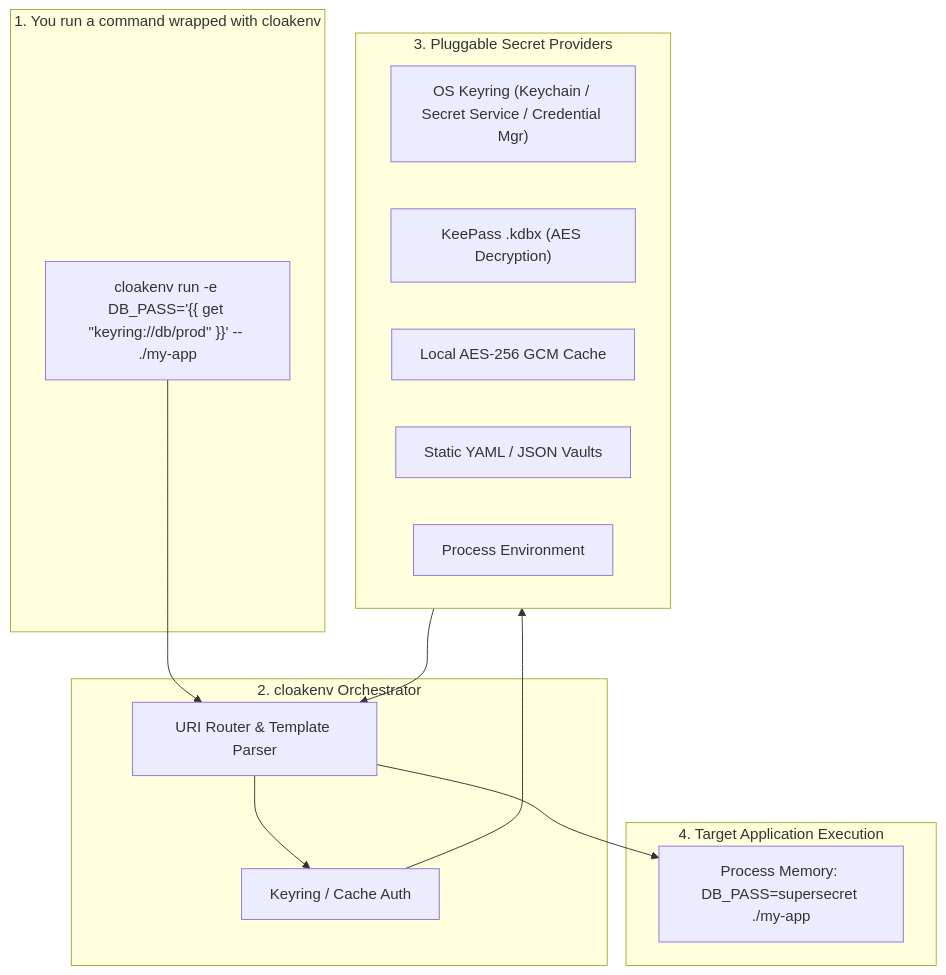
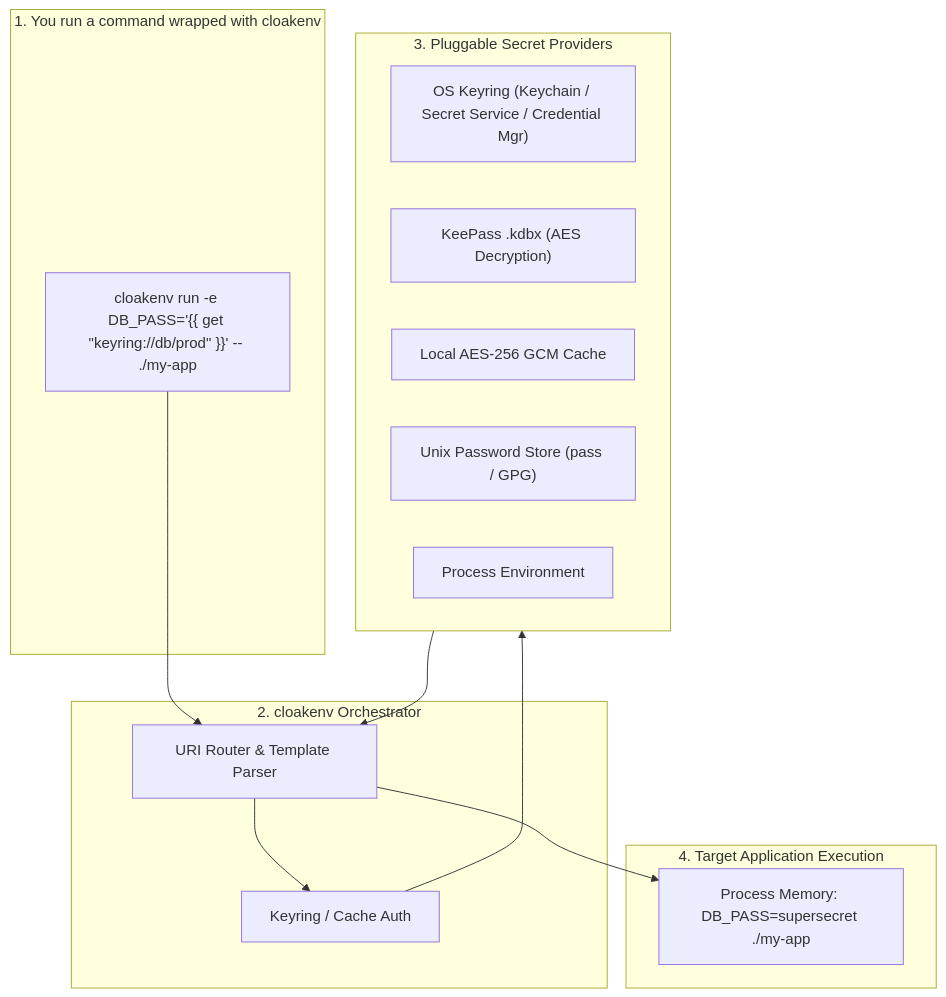
Before and after one commit to warpcode/cloakenv: the diagram in README.md, drawn with Mermaid. The commit also changed other lines of this file and 72 other files, not shown here.

First line of the commit message:
refactor(provider): remove json, yaml, and custom_vault providers (#481)

````diff
--- a/README.md
+++ b/README.md
@@ -78,29 +76,29 @@
 ```mermaid
 flowchart TD
     subgraph CLI ["1. You run a command wrapped with cloakenv"]
         Cmd["cloakenv run -e DB_PASS='{{ get #quot;keyring://db/prod#quot; }}' -- ./my-app"]
     end
 
     subgraph Engine ["2. cloakenv Orchestrator"]
         Router["URI Router & Template Parser"]
         AuthCheck["Keyring / Cache Auth"]
     end
 
     subgraph Backends ["3. Pluggable Secret Providers"]
         OSKeyring["OS Keyring (Keychain / Secret Service / Credential Mgr)"]
         KeePass["KeePass .kdbx (AES Decryption)"]
         EncCache["Local AES-256 GCM Cache"]
-        YAML_JSON["Static YAML / JSON Vaults"]
+        Pass["Unix Password Store (pass / GPG)"]
         Env["Process Environment"]
     end
 
     subgraph ChildProcess ["4. Target Application Execution"]
         Memory["Process Memory: DB_PASS=supersecret ./my-app"]
     end
 
     Cmd --> Router
     Router --> AuthCheck
     AuthCheck --> Backends
     Backends --> Router
     Router --> Memory
 ```
````
